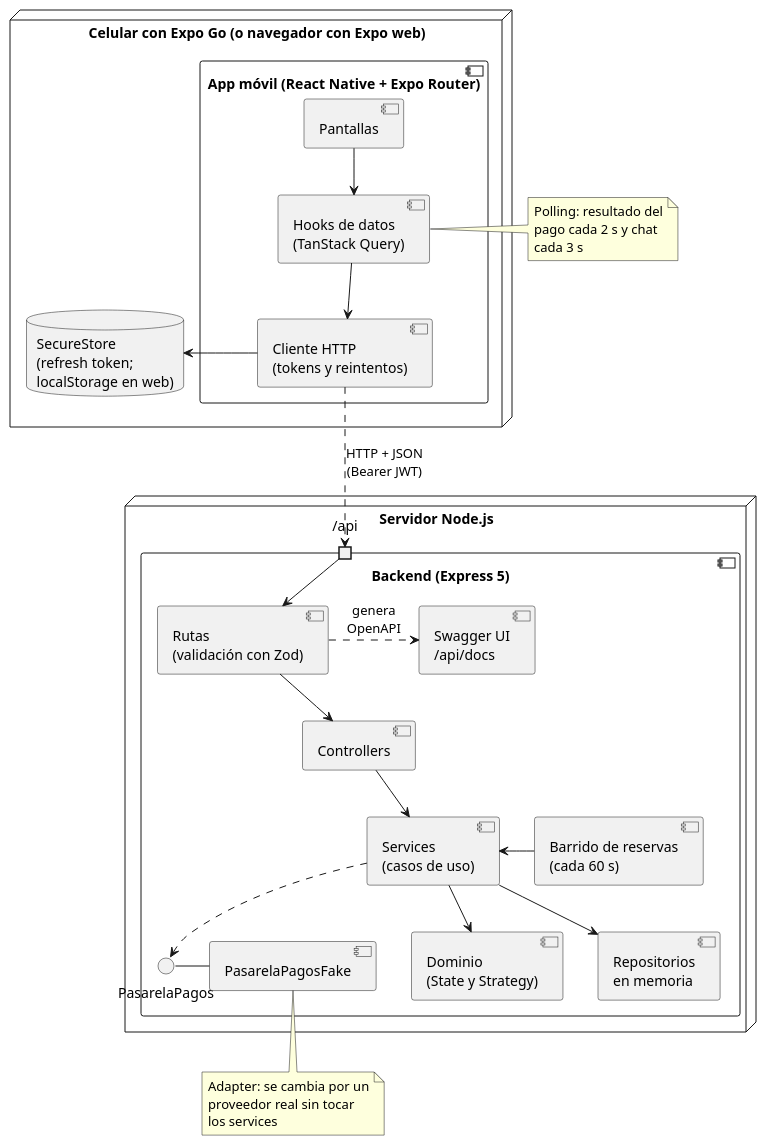
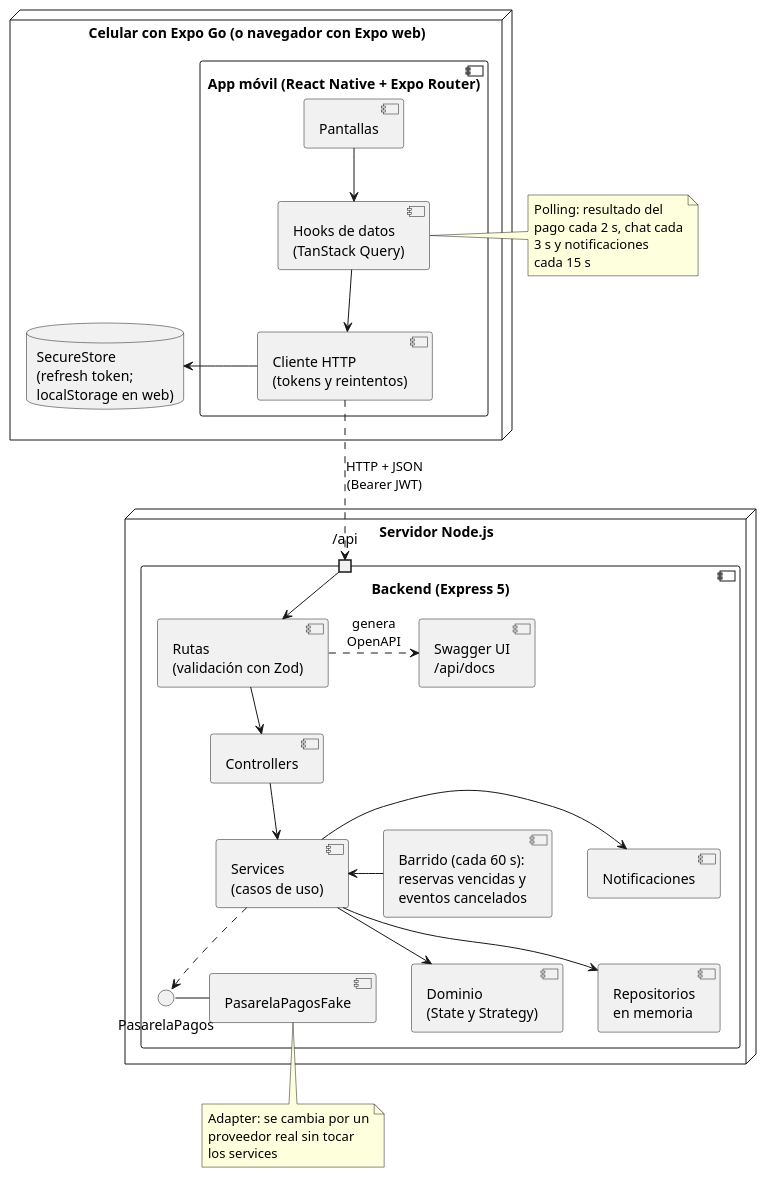
The diagram in docs/diagramas/arquitectura.puml (tomasmuller1/ai-ticket-it), drawn with PlantUML before and after one commit. The commit also changed 7 other files, not shown here.

Commit message:
docs: diagrama de clases en PlantUML con notificaciones y estados del evento

```diff
--- a/docs/diagramas/arquitectura.puml
+++ b/docs/diagramas/arquitectura.puml
@@ -1,62 +1,65 @@
 @startuml arquitectura
 ' Diagrama de componentes de AI Ticket It, en PlantUML como el diagrama de clases del enunciado.
 ' Para regenerar el SVG: java -jar plantuml.jar -tsvg docs/diagramas/arquitectura.puml
 ' (también sirven la extensión PlantUML de VS Code o el plugin de IntelliJ).
 
 skinparam componentStyle uml2
 skinparam shadowing false
 skinparam nodesep 35
 skinparam ranksep 45
 
 node "Celular con Expo Go (o navegador con Expo web)" as dispositivo {
   component "App móvil (React Native + Expo Router)" as app {
     component "Pantallas" as pantallas
     component "Hooks de datos\n(TanStack Query)" as hooks
     component "Cliente HTTP\n(tokens y reintentos)" as cliente
   }
   database "SecureStore\n(refresh token;\nlocalStorage en web)" as secure
 }
 
 node "Servidor Node.js" as servidor {
   component "Backend (Express 5)" as backend {
     portin "/api" as api
     component "Rutas\n(validación con Zod)" as rutas
     component "Swagger UI\n/api/docs" as swagger
     component "Controllers" as controllers
     component "Services\n(casos de uso)" as services
-    component "Barrido de reservas\n(cada 60 s)" as barrido
+    component "Notificaciones" as notificaciones
+    component "Barrido (cada 60 s):\nreservas vencidas y\neventos cancelados" as barrido
     component "Dominio\n(State y Strategy)" as dominio
     component "Repositorios\nen memoria" as repos
     interface "PasarelaPagos" as pasarela
     component "PasarelaPagosFake" as fake
   }
 }
 
 pantallas -down-> hooks
 hooks -down-> cliente
 cliente -right-> secure
 cliente .down.> api : HTTP + JSON\n(Bearer JWT)
 api -down-> rutas
 
 rutas .right.> swagger : genera\nOpenAPI
 rutas -down-> controllers
 controllers -down-> services
 barrido -left-> services
+services -right-> notificaciones
 services -down-> dominio
 services -down-> repos
 services .down.> pasarela
 fake -left- pasarela
 
 note left of hooks
   Polling: resultado del
-  pago cada 2 s y chat
-  cada 3 s
+  pago cada 2 s, chat cada
+  3 s y notificaciones
+  cada 15 s
 end note
 
 note bottom of fake
   Adapter: se cambia por un
   proveedor real sin tocar
   los services
 end note
 
 @enduml
```
